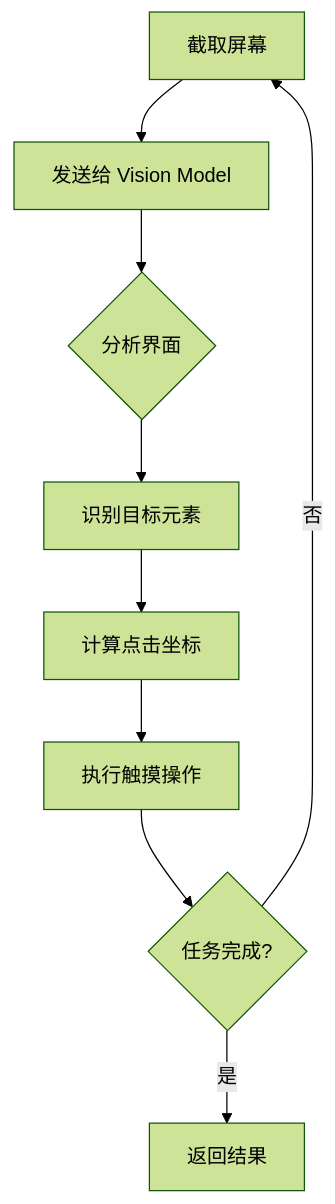
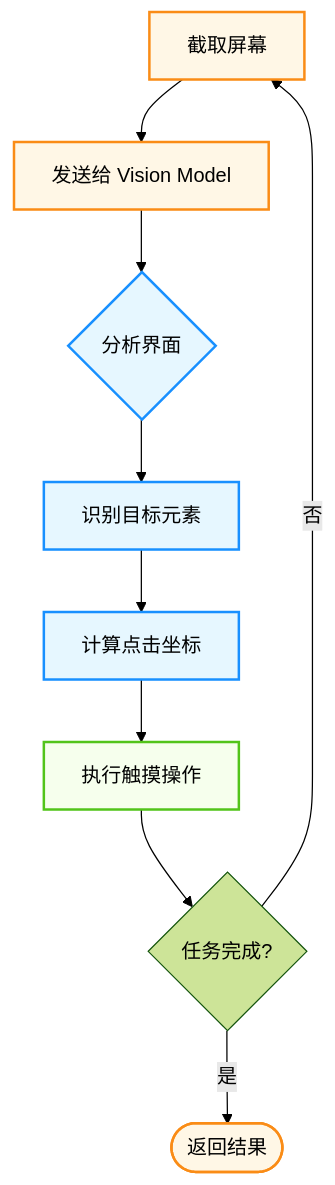
Before and after one commit to yeasy/agentic_ai_guide: the second of 5 diagrams in 04_tools/4.6_multimodal.md, drawn with Mermaid (forest theme). The commit also changed other lines of this file and 36 other files, not shown here.

````diff
--- a/04_tools/4.6_multimodal.md
+++ b/04_tools/4.6_multimodal.md
@@ -98,11 +109,21 @@
 ```mermaid
 flowchart TD
+    %% Agentic Design System
+    classDef agent fill:#e6f7ff,stroke:#1890ff,stroke-width:2px;
+    classDef tool fill:#f6ffed,stroke:#52c41a,stroke-width:2px;
+    classDef user fill:#fff7e6,stroke:#fa8c16,stroke-width:2px;
+
     A[截取屏幕] --> B[发送给 Vision Model]
     B --> C{分析界面}
     C --> D[识别目标元素]
     D --> E[计算点击坐标]
     E --> F[执行触摸操作]
     F --> G{任务完成?}
     G -->|否| A
-    G -->|是| H[返回结果]
+    G -->|是| H([返回结果])
+    
+    class A,B user;
+    class C,D,E agent;
+    class F tool;
+    class H user;
 ```
````
